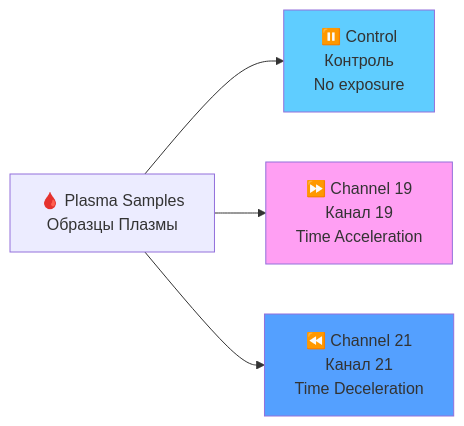
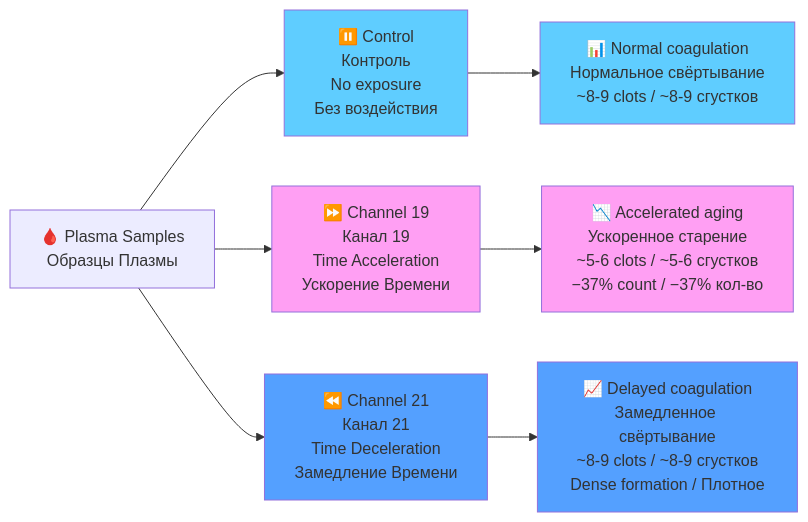
One commit to AdvancedScientificResearchProjects/Hyperbolic_Field_BloodPlasma_Study changed the second of 7 diagrams in original_research/data/README.md. Above: the diagram before and after it, drawn with Mermaid. The commit also changed other lines of this file and 1 other file, not shown here.

First line of the commit message:
📊 Enhanced diagrams and fixed Patient 07 full photo table

````diff
--- a/original_research/data/README.md
+++ b/original_research/data/README.md
@@ -40,10 +42,17 @@
 ```mermaid
 flowchart LR
-    A[🩸 Plasma Samples<br/>Образцы Плазмы] --> B[⏸️ Control<br/>Контроль<br/>No exposure]
-    A --> C[⏩ Channel 19<br/>Канал 19<br/>Time Acceleration]
-    A --> D[⏪ Channel 21<br/>Канал 21<br/>Time Deceleration]
+    A[🩸 Plasma Samples<br/>Образцы Плазмы] --> B[⏸️ Control<br/>Контроль<br/>No exposure<br/>Без воздействия]
+    A --> C[⏩ Channel 19<br/>Канал 19<br/>Time Acceleration<br/>Ускорение Времени]
+    A --> D[⏪ Channel 21<br/>Канал 21<br/>Time Deceleration<br/>Замедление Времени]
+    
+    B --> E[📊 Normal coagulation<br/>Нормальное свёртывание<br/>~8-9 clots / ~8-9 сгустков]
+    C --> F[📉 Accelerated aging<br/>Ускоренное старение<br/>~5-6 clots / ~5-6 сгустков<br/>−37% count / −37% кол-во]
+    D --> G[📈 Delayed coagulation<br/>Замедленное свёртывание<br/>~8-9 clots / ~8-9 сгустков<br/>Dense formation / Плотное]
     
     style B fill:#5fcdff
     style C fill:#ff9ff3
     style D fill:#54a0ff
+    style E fill:#5fcdff
+    style F fill:#ff9ff3
+    style G fill:#54a0ff
 ```
````
